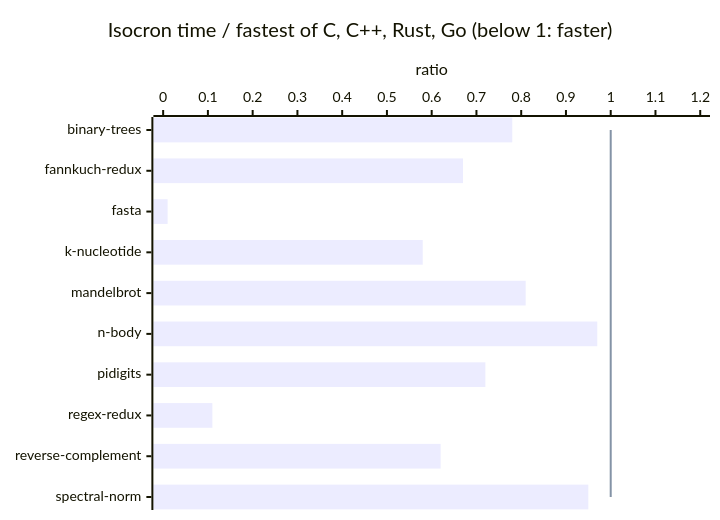
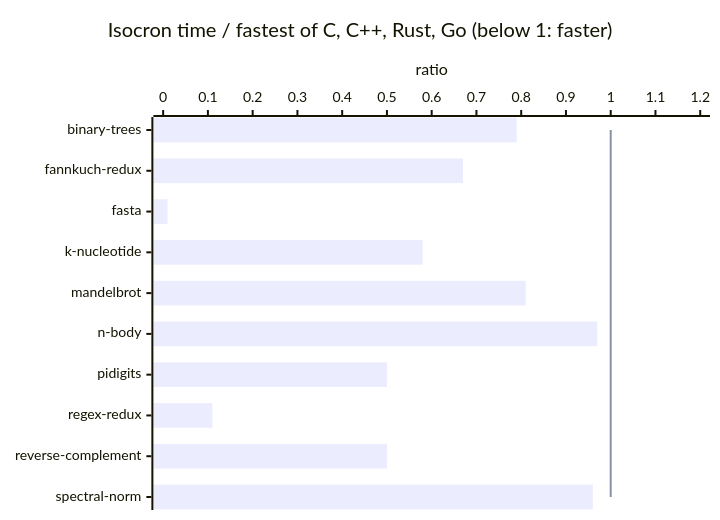
Before and after one commit to jbillard/isocron: the diagram in results/benchmarks_game.md, drawn with Mermaid. The commit also changed other lines of this file and 7 other files, not shown here.

````diff
--- a/results/benchmarks_game.md
+++ b/results/benchmarks_game.md
@@ -23,8 +23,8 @@
 ```mermaid
 xychart-beta horizontal
     title "Isocron time / fastest of C, C++, Rust, Go (below 1: faster)"
     x-axis ["binary-trees", "fannkuch-redux", "fasta", "k-nucleotide", "mandelbrot", "n-body", "pidigits", "regex-redux", "reverse-complement", "spectral-norm"]
     y-axis "ratio" 0 --> 1.2
-    bar [0.78, 0.67, 0.01, 0.58, 0.81, 0.97, 0.72, 0.11, 0.62, 0.95]
+    bar [0.79, 0.67, 0.01, 0.58, 0.81, 0.97, 0.50, 0.11, 0.50, 0.96]
     line [1.00, 1.00, 1.00, 1.00, 1.00, 1.00, 1.00, 1.00, 1.00, 1.00]
 ```
````
